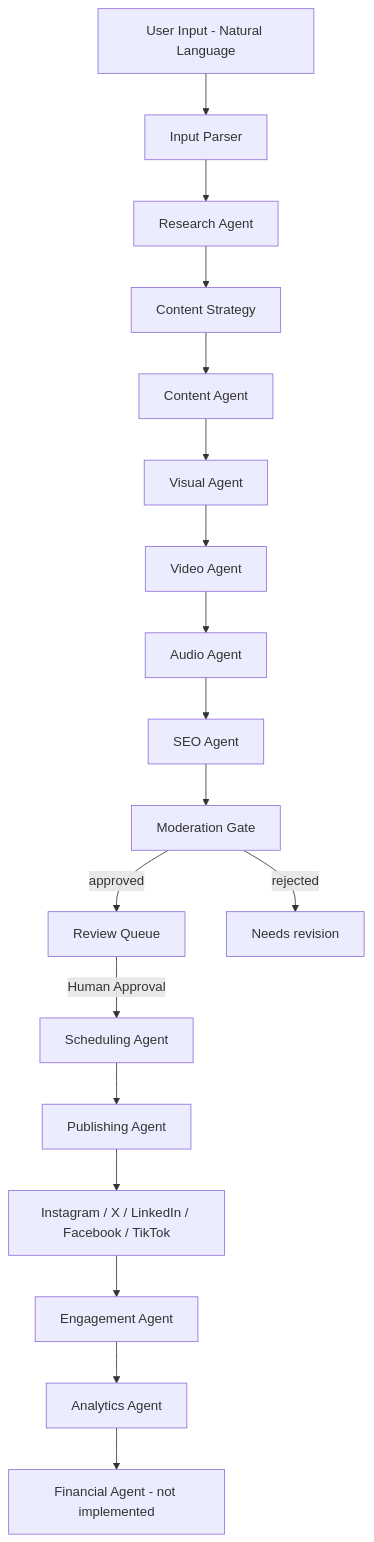
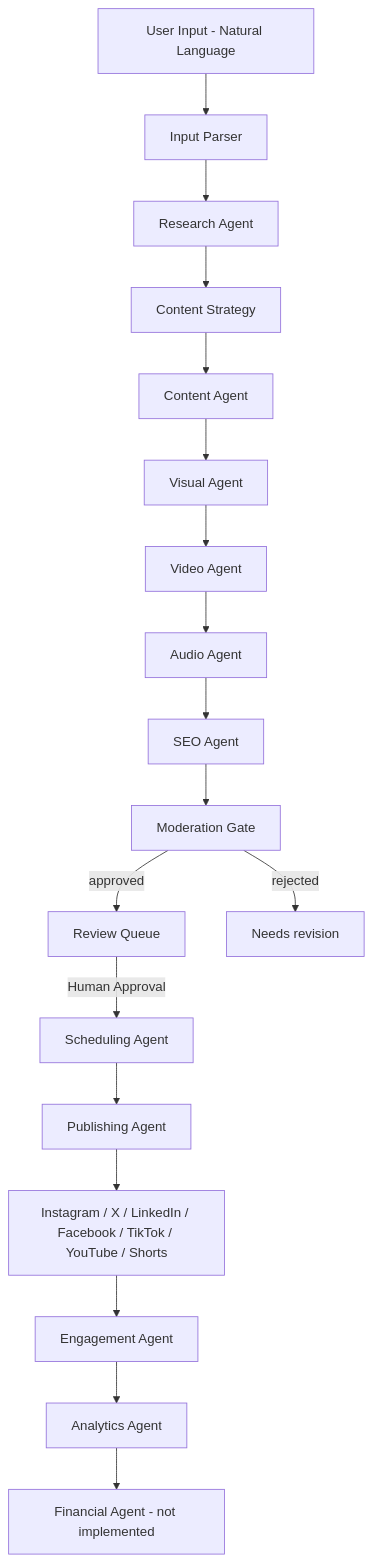
One commit to web4uai-cpu/socioauto changed the diagram in docs/AGENT_WORKFLOW.md. Above: the diagram before and after it, drawn with Mermaid. The commit also changed other lines of this file and 24 other files, not shown here.

First line of the commit message:
Add YouTube and YouTube Shorts as supported platforms

````diff
--- a/docs/AGENT_WORKFLOW.md
+++ b/docs/AGENT_WORKFLOW.md
@@ -440,20 +453,20 @@
 ```mermaid
 flowchart TD
     IN[User Input - Natural Language] --> IP[Input Parser]
     IP --> RA[Research Agent]
     RA --> CS[Content Strategy]
     CS --> CA[Content Agent]
     CA --> VA[Visual Agent]
     VA --> VID[Video Agent]
     VID --> AUD[Audio Agent]
     AUD --> SEO[SEO Agent]
     SEO --> MOD[Moderation Gate]
     MOD -->|approved| RQ[Review Queue]
     MOD -->|rejected| REV[Needs revision]
     RQ -->|Human Approval| SCH[Scheduling Agent]
     SCH --> PUB[Publishing Agent]
-    PUB --> PLATFORMS[Instagram / X / LinkedIn / Facebook / TikTok]
+    PUB --> PLATFORMS[Instagram / X / LinkedIn / Facebook / TikTok / YouTube / Shorts]
     PLATFORMS --> ENG[Engagement Agent]
     ENG --> ANL[Analytics Agent]
     ANL --> FIN[Financial Agent - not implemented]
 ```
````
